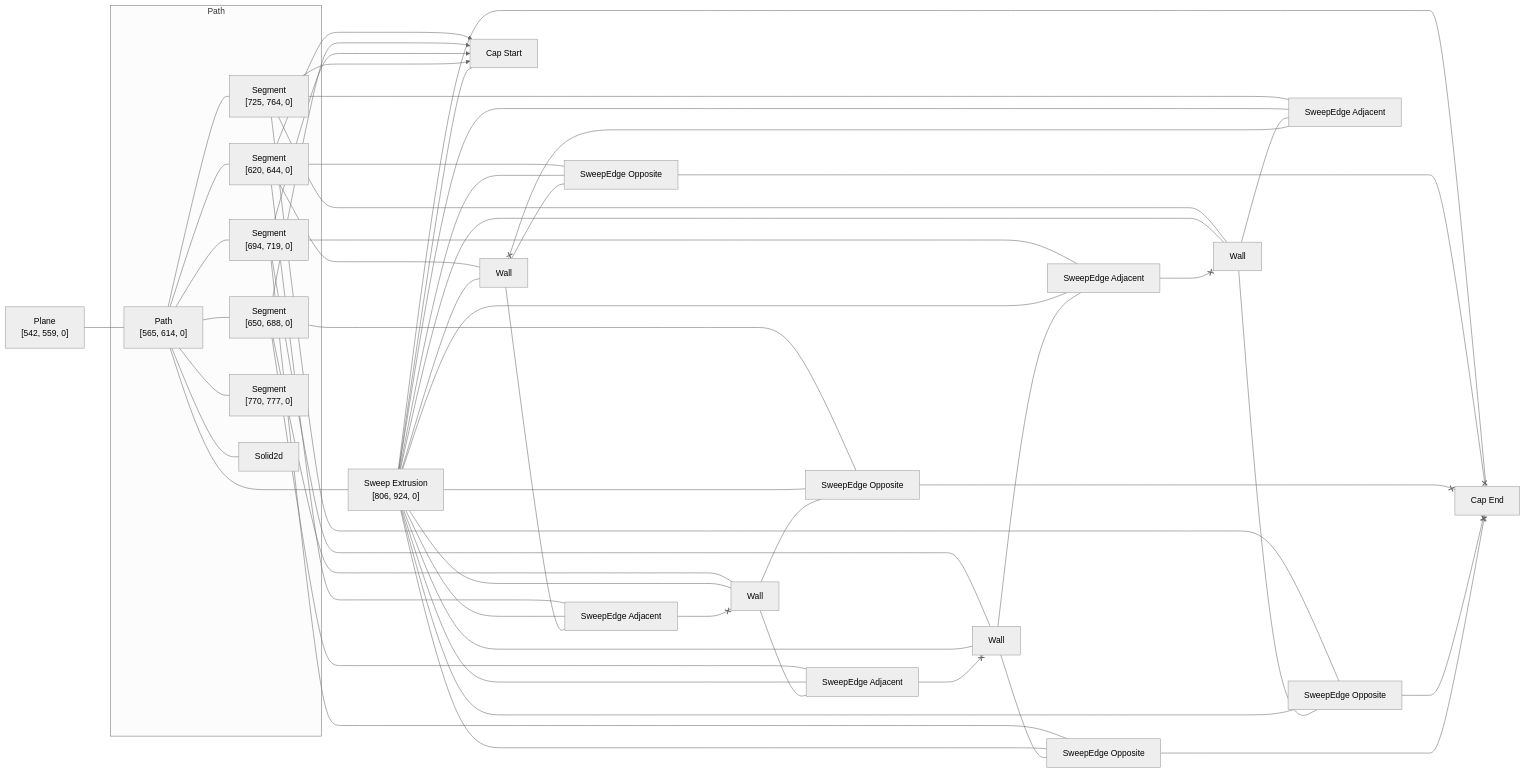
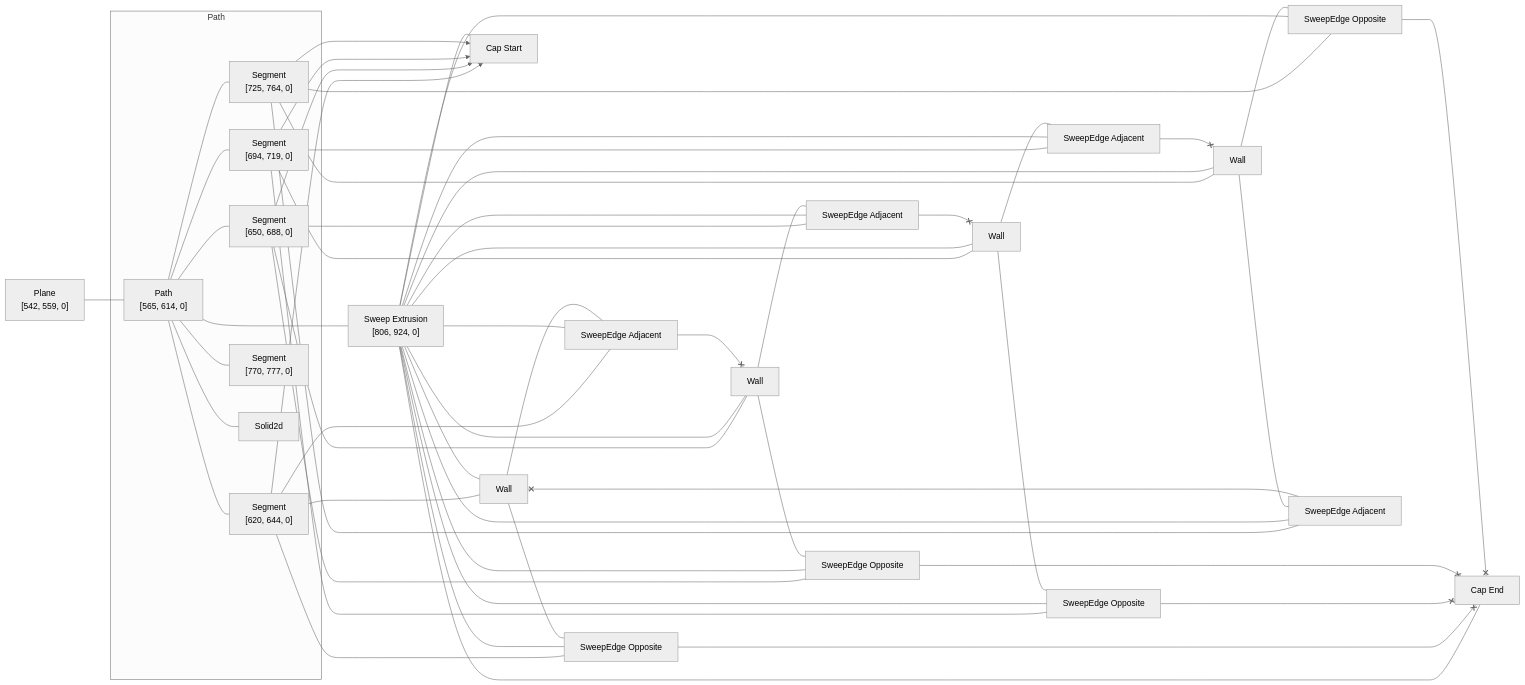
One commit to rajgandhi1/modeling-app changed the diagram in rust/kcl-lib/tests/panic_repro_cube/artifact_graph_flowchart.snap.md. Above: the diagram before and after it, drawn with Mermaid (neutral theme). The commit also changed 110 other files, not shown here.

````diff
--- a/rust/kcl-lib/tests/panic_repro_cube/artifact_graph_flowchart.snap.md
+++ b/rust/kcl-lib/tests/panic_repro_cube/artifact_graph_flowchart.snap.md
@@ -1,82 +1,82 @@
 ```mermaid
 flowchart LR
   subgraph path2 [Path]
     2["Path<br>[565, 614, 0]"]
     3["Segment<br>[620, 644, 0]"]
     4["Segment<br>[650, 688, 0]"]
     5["Segment<br>[694, 719, 0]"]
     6["Segment<br>[725, 764, 0]"]
     7["Segment<br>[770, 777, 0]"]
     8[Solid2d]
   end
   1["Plane<br>[542, 559, 0]"]
   9["Sweep Extrusion<br>[806, 924, 0]"]
   10[Wall]
   11[Wall]
   12[Wall]
   13[Wall]
   14["Cap Start"]
   15["Cap End"]
   16["SweepEdge Opposite"]
   17["SweepEdge Opposite"]
   18["SweepEdge Opposite"]
   19["SweepEdge Opposite"]
   20["SweepEdge Adjacent"]
   21["SweepEdge Adjacent"]
   22["SweepEdge Adjacent"]
   23["SweepEdge Adjacent"]
   1 --- 2
   2 --- 3
   2 --- 4
   2 --- 5
   2 --- 6
   2 --- 7
   2 --- 8
   2 ---- 9
   3 --- 13
   3 x--> 14
   3 --- 16
-  3 --- 22
+  3 --- 23
   4 --- 11
   4 x--> 14
-  4 --- 17
+  4 --- 18
   4 --- 20
   5 --- 10
   5 x--> 14
-  5 --- 19
+  5 --- 17
   5 --- 21
   6 --- 12
   6 x--> 14
-  6 --- 18
-  6 --- 23
+  6 --- 19
+  6 --- 22
   9 --- 10
   9 --- 11
   9 --- 12
   9 --- 13
   9 --- 14
   9 --- 15
   9 --- 16
   9 --- 17
   9 --- 18
   9 --- 19
   9 --- 20
   9 --- 21
   9 --- 22
   9 --- 23
-  10 --- 19
+  10 --- 17
   20 <--x 10
   10 --- 21
-  11 --- 17
+  11 --- 18
   11 --- 20
-  22 <--x 11
-  12 --- 18
+  23 <--x 11
+  12 --- 19
   21 <--x 12
-  12 --- 23
+  12 --- 22
   13 --- 16
-  13 --- 22
-  23 <--x 13
+  22 <--x 13
+  13 --- 23
   16 <--x 15
   17 <--x 15
   18 <--x 15
   19 <--x 15
 ```
````
